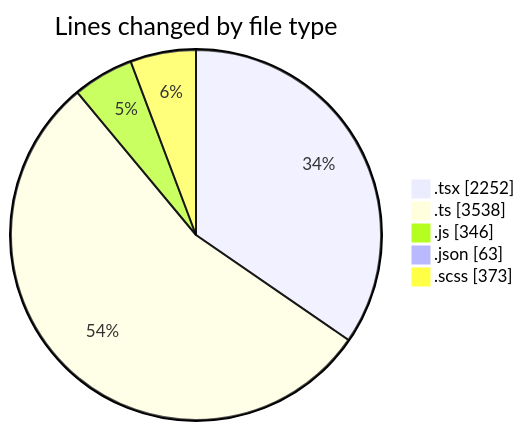
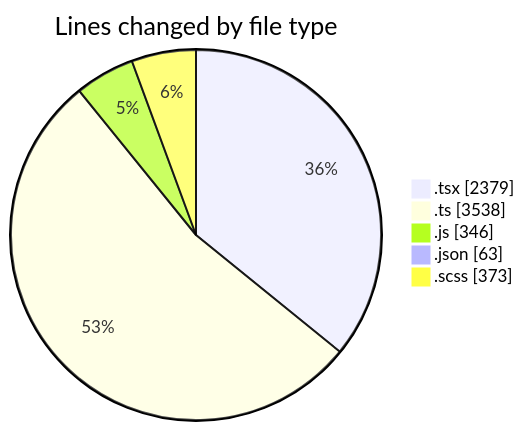
One commit to momahboobian/code-tracking changed the first of 2 diagrams in 2025-12-01/cda/README.md. Above: the diagram before and after it, drawn with Mermaid. The commit also changed other lines of this file and 1 other file, not shown here.

````diff
--- a/2025-12-01/cda/README.md
+++ b/2025-12-01/cda/README.md
@@ -33,9 +33,9 @@
 ```mermaid
 pie showData
 title Lines changed by file type
-".tsx" : 2252
+".tsx" : 2379
 ".ts" : 3538
 ".js" : 346
 ".json" : 63
 ".scss" : 373
 ```
````
